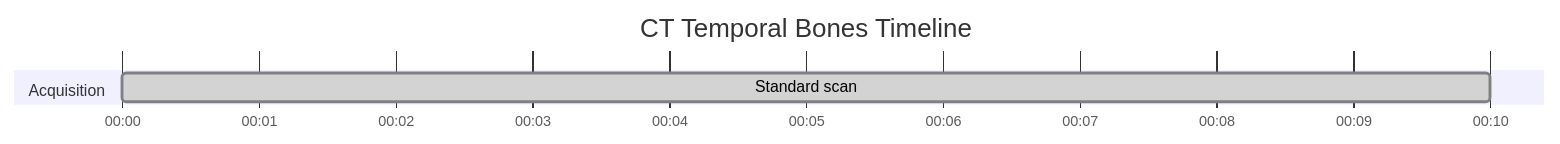
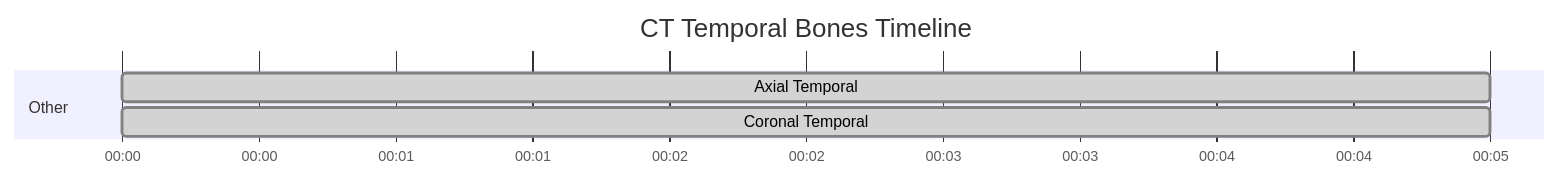
One commit to dfergs93/radiology-protocols changed the diagram in docs/ct/neuro/ct-temporal-bones.md. Above: the diagram before and after it, drawn with Mermaid. The commit also changed 101 other files, not shown here.

````diff
--- a/docs/ct/neuro/ct-temporal-bones.md
+++ b/docs/ct/neuro/ct-temporal-bones.md
@@ -72,13 +72,16 @@
   ```mermaid
   ---
+  displayMode: compact
   config:
     theme: default
+    themeCSS: " #Saline{ fill: #4ed5ff; stroke: #2094f3; } "
   ---
     gantt
       title CT Temporal Bones Timeline
       dateFormat mm:ss
       axisFormat %M:%S 
       
-      section Acquisition
-      Standard scan    :done, scan1, 00:00, 10s
+      section Other
+      Axial Temporal    :done, scan1, 00:00, 5s
+      Coronal Temporal    :done, scan2, 00:00, 5s
   ```
````
